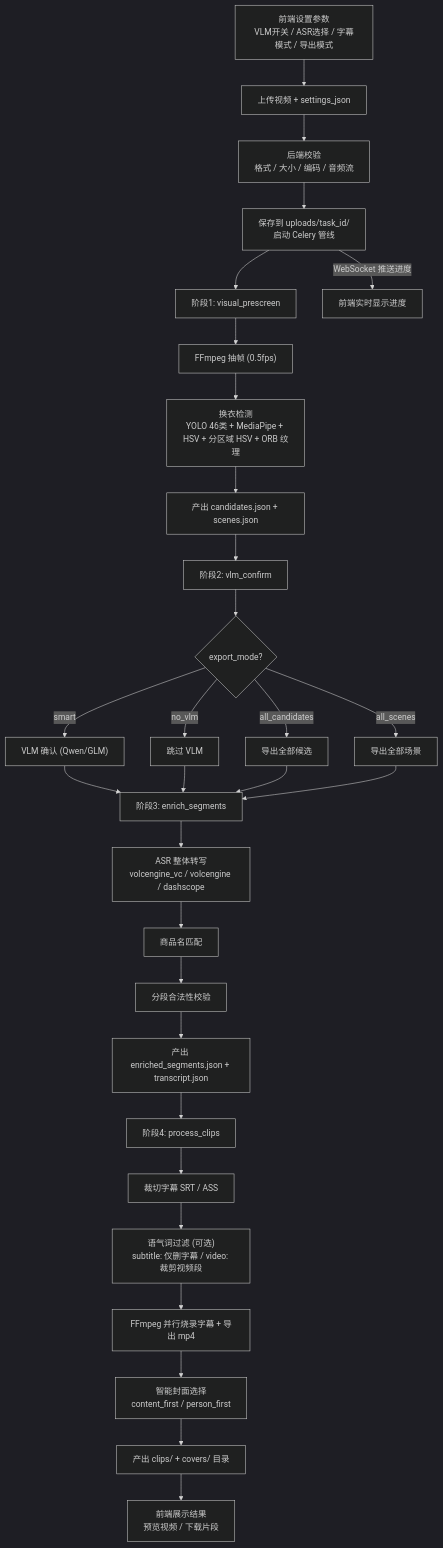
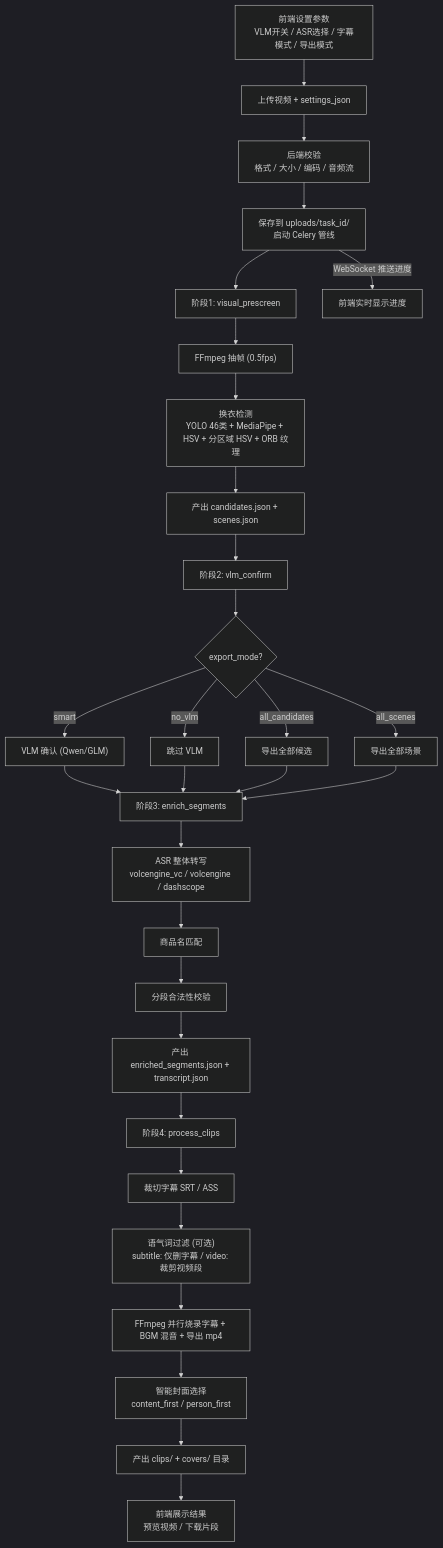
Before and after one commit to ShellMonster/LiveVideoCut: the second of 2 diagrams in README.md, drawn with Mermaid (dark theme). The commit also changed other lines of this file and 19 other files, not shown here.

````diff
--- a/README.md
+++ b/README.md
@@ -77,38 +77,38 @@
 ```mermaid
 graph TD
     A["前端设置参数<br/>VLM开关 / ASR选择 / 字幕模式 / 导出模式"] --> B["上传视频 + settings_json"]
     B --> C["后端校验<br/>格式 / 大小 / 编码 / 音频流"]
     C --> D["保存到 uploads/task_id/<br/>启动 Celery 管线"]
 
     D --> E["阶段1: visual_prescreen"]
     E --> E1["FFmpeg 抽帧 (0.5fps)"]
     E1 --> E2["换衣检测<br/>YOLO 46类 + MediaPipe + HSV + 分区域 HSV + ORB 纹理"]
     E2 --> E3["产出 candidates.json + scenes.json"]
 
     E3 --> F["阶段2: vlm_confirm"]
     F --> F1{"export_mode?"}
     F1 -->|"smart"| F2["VLM 确认 (Qwen/GLM)"]
     F1 -->|"no_vlm"| F3["跳过 VLM"]
     F1 -->|"all_candidates"| F4["导出全部候选"]
     F1 -->|"all_scenes"| F5["导出全部场景"]
 
     F2 --> G["阶段3: enrich_segments"]
     F3 --> G
     F4 --> G
     F5 --> G
 
     G --> G1["ASR 整体转写<br/>volcengine_vc / volcengine / dashscope"]
     G1 --> G2["商品名匹配"]
     G2 --> G3["分段合法性校验"]
     G3 --> G4["产出 enriched_segments.json + transcript.json"]
 
     G4 --> H["阶段4: process_clips"]
     H --> H1["裁切字幕 SRT / ASS"]
     H1 --> H2["语气词过滤 (可选)<br/>subtitle: 仅删字幕 / video: 裁剪视频段"]
-    H2 --> H3["FFmpeg 并行烧录字幕 + 导出 mp4"]
+    H2 --> H3["FFmpeg 并行烧录字幕 + BGM 混音 + 导出 mp4"]
     H3 --> H4["智能封面选择<br/>content_first / person_first"]
     H4 --> H5["产出 clips/ + covers/ 目录"]
 
     D -->|"WebSocket 推送进度"| W["前端实时显示进度"]
     H5 --> R["前端展示结果<br/>预览视频 / 下载片段"]
 ```
````
